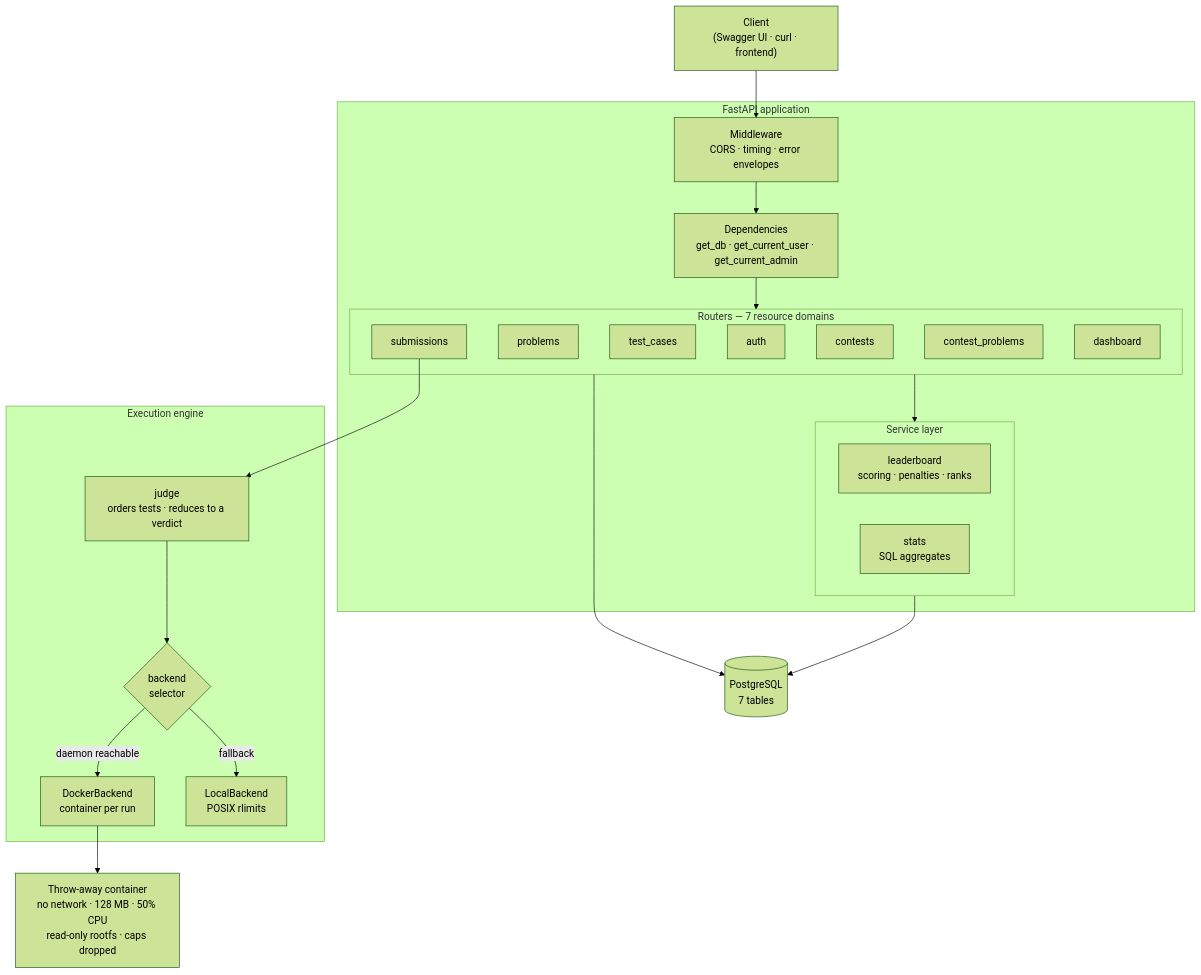
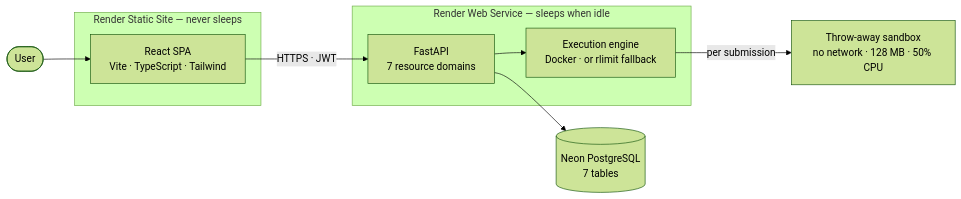
The diagram in README.md (dhanoliya-ji/ONLINE-CODING-JUDGE), drawn with Mermaid (forest theme) before and after one commit. The commit also changed other lines of this file and 6 other files, not shown here.

Commit message:
Add full documentation set: API, architecture, security, deployment, development

````diff
--- a/README.md
+++ b/README.md
@@ -233,42 +212,21 @@
 ```mermaid
-flowchart TB
-    Client["Client<br/>(Swagger UI · curl · frontend)"]
+flowchart LR
+    User(["User"])
 
-    subgraph API["FastAPI application"]
-        MW["Middleware<br/>CORS · timing · error envelopes"]
-        Deps["Dependencies<br/>get_db · get_current_user · get_current_admin"]
-
-        subgraph Routers["Routers — 7 resource domains"]
-            R1["auth"]
-            R2["problems"]
-            R3["test_cases"]
-            R4["submissions"]
-            R5["contests"]
-            R6["contest_problems"]
-            R7["dashboard"]
-        end
-
-        subgraph Services["Service layer"]
-            S1["leaderboard<br/>scoring · penalties · ranks"]
-            S2["stats<br/>SQL aggregates"]
-        end
+    subgraph CDN["Render Static Site — never sleeps"]
+        FE["React SPA<br/>Vite · TypeScript · Tailwind"]
     end
 
-    subgraph Engine["Execution engine"]
-        J["judge<br/>orders tests · reduces to a verdict"]
-        Sel{"backend<br/>selector"}
-        D["DockerBackend<br/>container per run"]
-        L["LocalBackend<br/>POSIX rlimits"]
+    subgraph Web["Render Web Service — sleeps when idle"]
+        API["FastAPI<br/>7 resource domains"]
+        Engine["Execution engine<br/>Docker · or rlimit fallback"]
     end
 
-    DB[("PostgreSQL<br/>7 tables")]
-    Ctr["Throw-away container<br/>no network · 128 MB · 50% CPU<br/>read-only rootfs · caps dropped"]
+    DB[("Neon PostgreSQL<br/>7 tables")]
 
-    Client --> MW --> Deps --> Routers
-    Routers --> Services
-    Routers --> DB
-    Services --> DB
-    R4 --> J --> Sel
-    Sel -->|"daemon reachable"| D --> Ctr
-    Sel -->|"fallback"| L
+    User --> FE
+    FE -->|"HTTPS · JWT"| API
+    API --> DB
+    API --> Engine
+    Engine -->|"per submission"| Sandbox["Throw-away sandbox<br/>no network · 128 MB · 50% CPU"]
 ```
````
